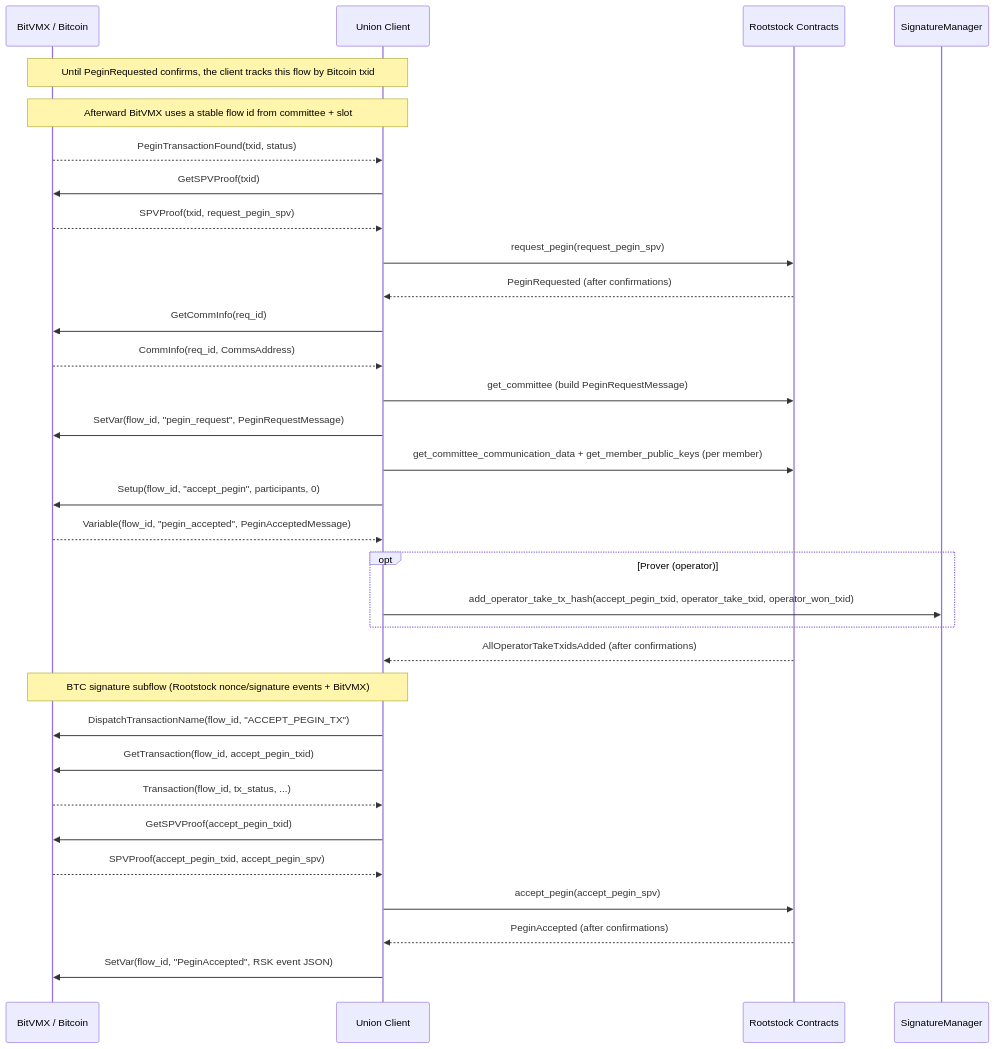
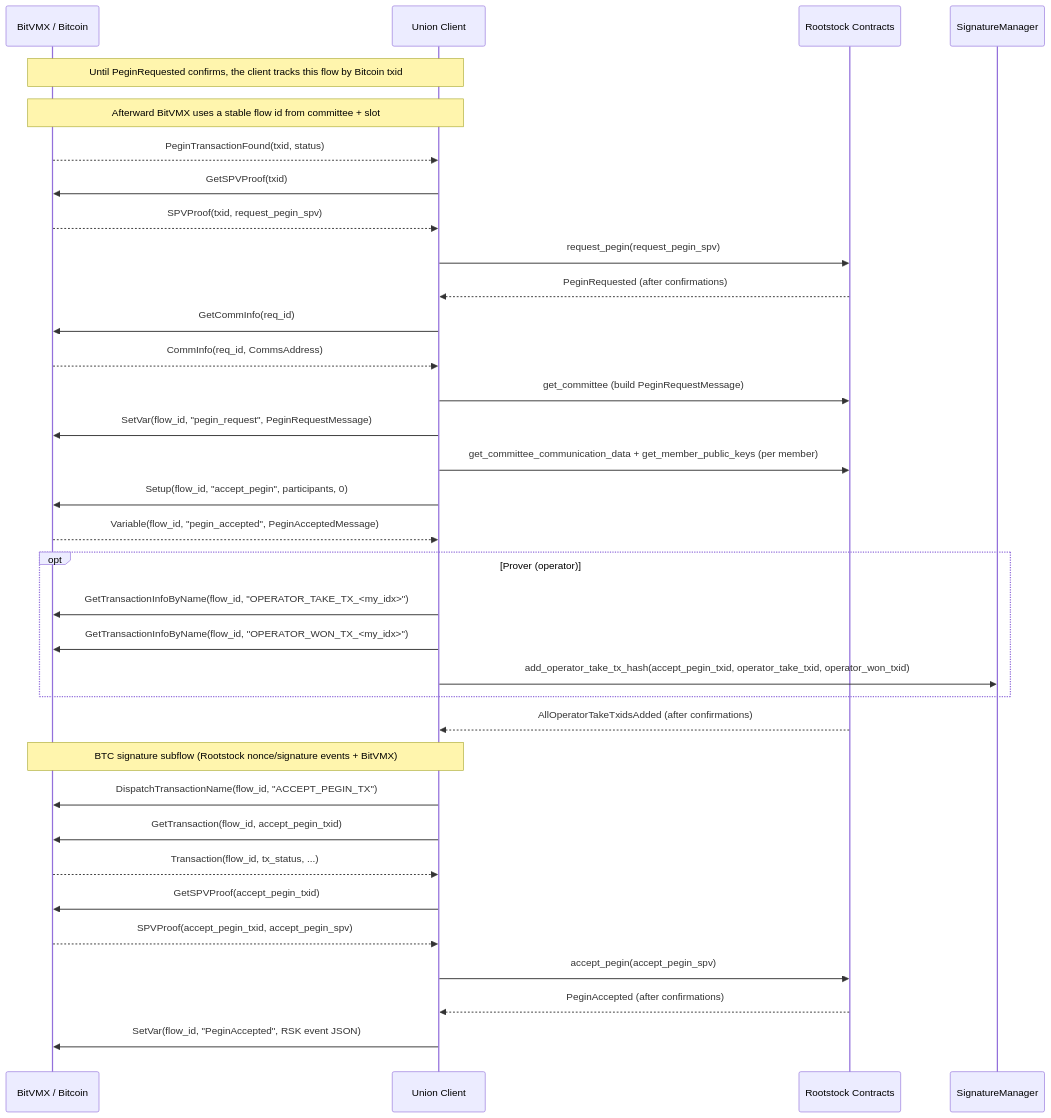
Before and after one commit to rsksmart/union-bridge-client: the second of 5 diagrams in docs/e2e/flows.md, drawn with Mermaid. The commit also changed other lines of this file and 31 other files, not shown here.

````diff
--- a/docs/e2e/flows.md
+++ b/docs/e2e/flows.md
@@ -138,36 +138,38 @@
 ```mermaid
 %%{init: {'sequence': {'diagramMarginY': 24, 'messageMargin': 42, 'boxMargin': 20, 'noteMargin': 14, 'actorMargin': 80}}}%%
 sequenceDiagram
     participant BV as BitVMX / Bitcoin
     participant UC as Union Client
     participant PM as Rootstock Contracts
     participant SM as SignatureManager
 
     Note over UC,BV: Until PeginRequested confirms, the client tracks this flow by Bitcoin txid
     Note over UC,BV: Afterward BitVMX uses a stable flow id from committee + slot
     BV-->>UC: PeginTransactionFound(txid, status)
     UC->>BV: GetSPVProof(txid)
     BV-->>UC: SPVProof(txid, request_pegin_spv)
     UC->>PM: request_pegin(request_pegin_spv)
     PM-->>UC: PeginRequested (after confirmations)
     UC->>BV: GetCommInfo(req_id)
     BV-->>UC: CommInfo(req_id, CommsAddress)
     UC->>PM: get_committee (build PeginRequestMessage)
     UC->>BV: SetVar(flow_id, "pegin_request", PeginRequestMessage)
     UC->>PM: get_committee_communication_data + get_member_public_keys (per member)
     UC->>BV: Setup(flow_id, "accept_pegin", participants, 0)
     BV-->>UC: Variable(flow_id, "pegin_accepted", PeginAcceptedMessage)
     opt Prover (operator)
+        UC->>BV: GetTransactionInfoByName(flow_id, "OPERATOR_TAKE_TX_<my_idx>")
+        UC->>BV: GetTransactionInfoByName(flow_id, "OPERATOR_WON_TX_<my_idx>")
         UC->>SM: add_operator_take_tx_hash(accept_pegin_txid, operator_take_txid, operator_won_txid)
     end
     PM-->>UC: AllOperatorTakeTxidsAdded (after confirmations)
     Note over UC,BV: BTC signature subflow (Rootstock nonce/signature events + BitVMX)
     UC->>BV: DispatchTransactionName(flow_id, "ACCEPT_PEGIN_TX")
     UC->>BV: GetTransaction(flow_id, accept_pegin_txid)
     BV-->>UC: Transaction(flow_id, tx_status, ...)
     UC->>BV: GetSPVProof(accept_pegin_txid)
     BV-->>UC: SPVProof(accept_pegin_txid, accept_pegin_spv)
     UC->>PM: accept_pegin(accept_pegin_spv)
     PM-->>UC: PeginAccepted (after confirmations)
     UC->>BV: SetVar(flow_id, "PeginAccepted", RSK event JSON)
 ```
````
